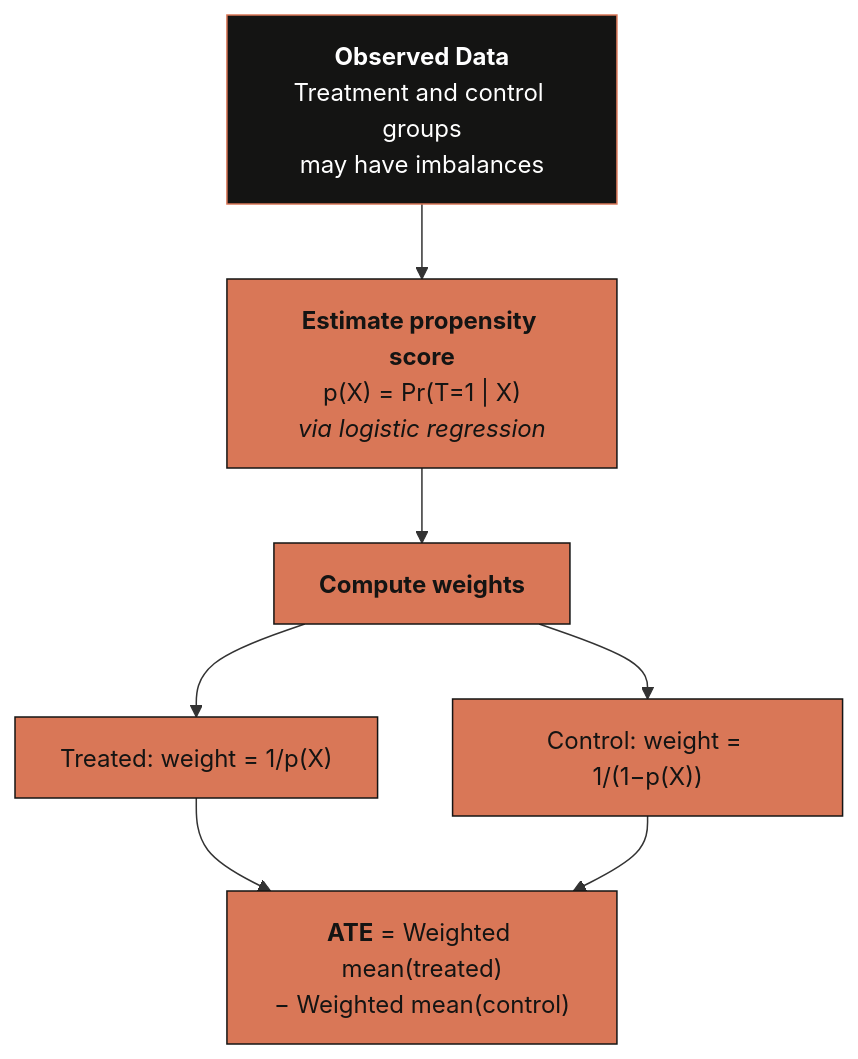
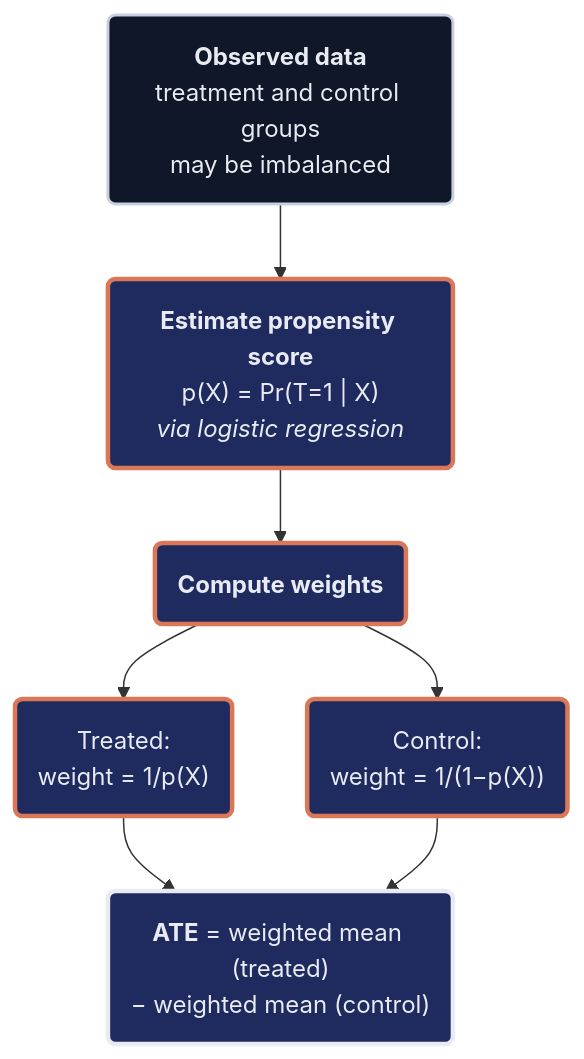
The fourth of 8 diagrams in content/post/stata_rct/index.md (cmg777/starter-academic-v501), drawn with Mermaid before and after one commit. The commit also changed other lines of this file and 2 other files, not shown here.

First line of the commit message:
content(mermaid): restyle flowcharts in stata_rct, python_dowhy, r_estimateW (pilot)

````diff
--- a/content/post/stata_rct/index.md
+++ b/content/post/stata_rct/index.md
@@ -662,23 +663,22 @@
 ```mermaid
 graph TD
-    DATA["<b>Observed Data</b><br/>Treatment and control groups<br/>may have imbalances"]
-    PS["<b>Estimate propensity score</b><br/>p(X) = Pr(T=1 | X)<br/><i>via logistic regression</i>"]
-    WT["<b>Compute weights</b>"]
-    WTR["Treated: weight = 1/p(X)"]
-    WCT["Control: weight = 1/(1−p(X))"]
-    ATE["<b>ATE</b> = Weighted mean(treated)<br/>− Weighted mean(control)"]
+    DATA("<b>Observed data</b><br/>treatment and control groups<br/>may be imbalanced")
+    PS("<b>Estimate propensity score</b><br/>p(X) = Pr(T=1 | X)<br/><i>via logistic regression</i>")
+    WT("<b>Compute weights</b>")
+    WTR("Treated:<br/>weight = 1/p(X)")
+    WCT("Control:<br/>weight = 1/(1−p(X))")
+    ATE("<b>ATE</b> = weighted mean (treated)<br/>− weighted mean (control)")
 
     DATA --> PS
     PS --> WT
     WT --> WTR
     WT --> WCT
     WTR --> ATE
     WCT --> ATE
-
-    style DATA fill:#141413,stroke:#d97757,color:#fff
-    style PS fill:#d97757,stroke:#141413,color:#141413
-    style WT fill:#d97757,stroke:#141413,color:#141413
-    style WTR fill:#d97757,stroke:#141413,color:#141413
-    style WCT fill:#d97757,stroke:#141413,color:#141413
-    style ATE fill:#d97757,stroke:#141413,color:#141413
+    classDef anchor fill:#0f1729,stroke:#c8d0e0,stroke-width:2px,color:#e8ecf2
+    classDef orange fill:#1f2b5e,stroke:#d97757,stroke-width:3px,color:#e8ecf2
+    classDef key fill:#1f2b5e,stroke:#e8ecf2,stroke-width:3px,color:#e8ecf2
+    class DATA anchor
+    class PS,WT,WTR,WCT orange
+    class ATE key
 ```
````
